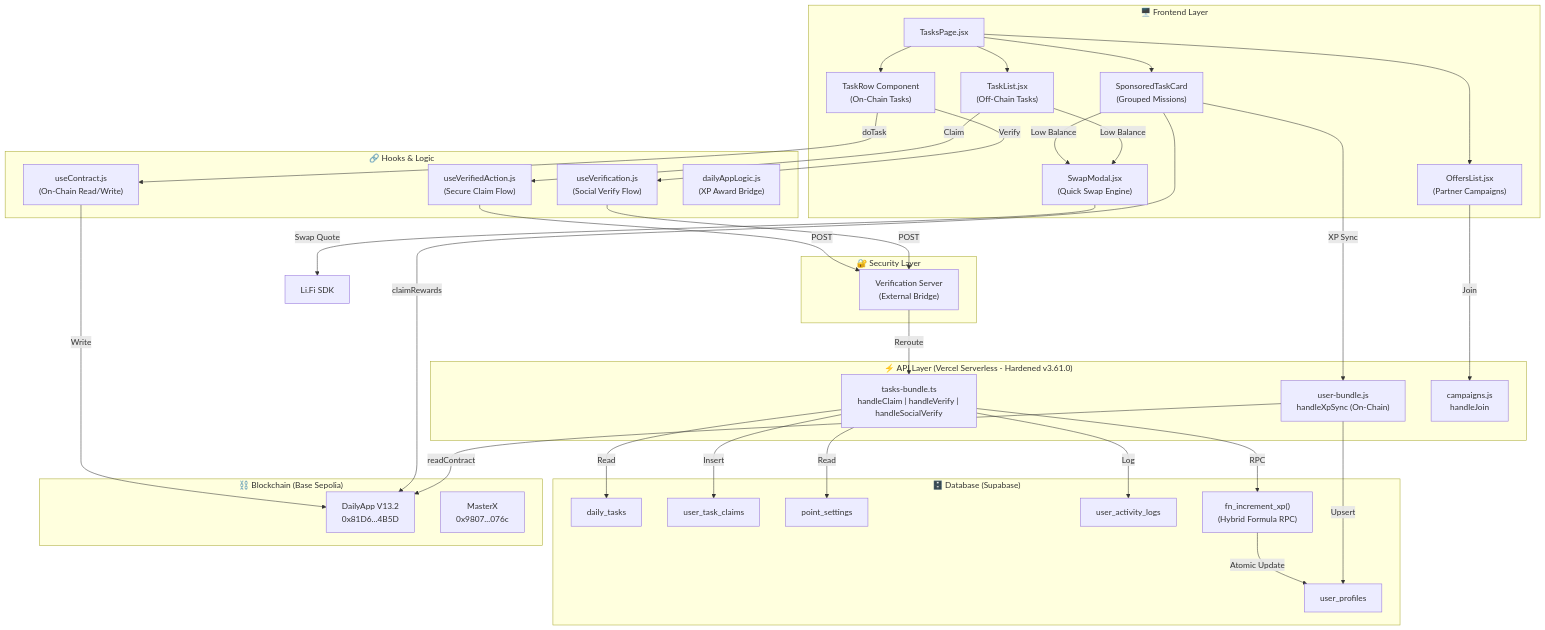
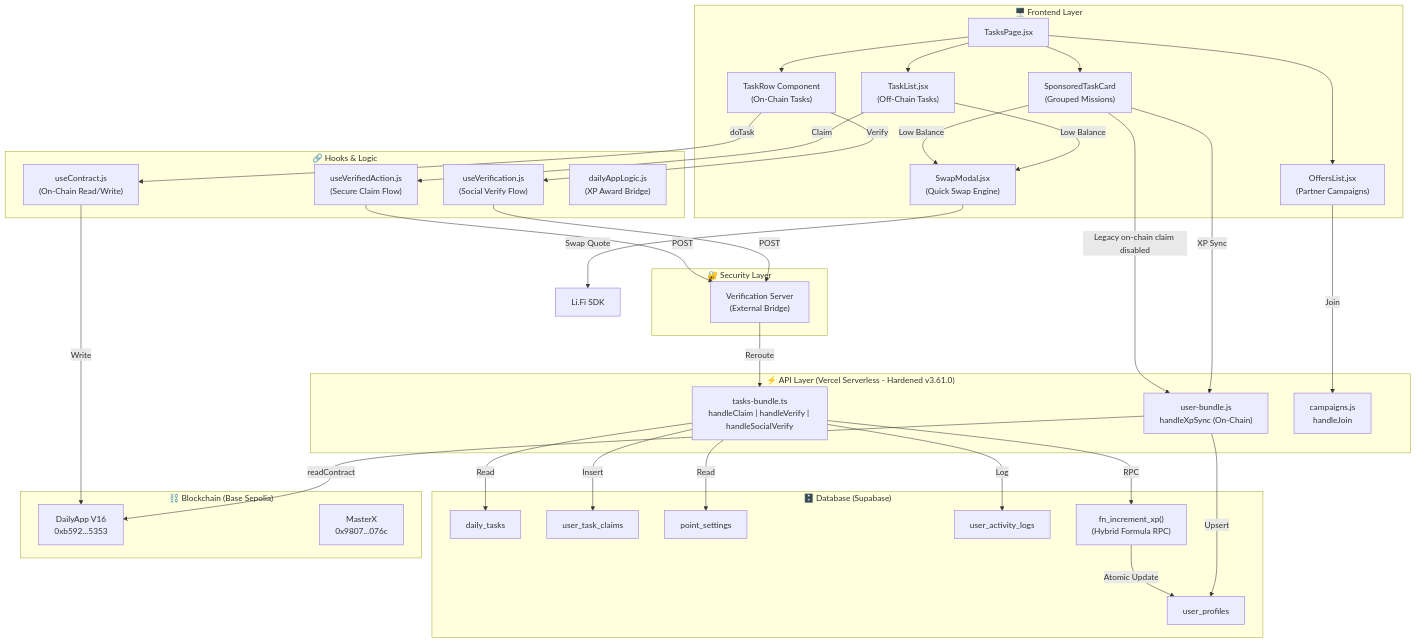
One commit to cryptodiscolab/Crypto_Discovery_App changed the first of 17 diagrams in PRD/DISCO_DAILY_MASTER_PRD.md. Above: the diagram before and after it, drawn with Mermaid. The commit also changed other lines of this file and 39 other files, not shown here.

````diff
--- a/PRD/DISCO_DAILY_MASTER_PRD.md
+++ b/PRD/DISCO_DAILY_MASTER_PRD.md
@@ -619,63 +623,63 @@
 ```mermaid
 graph TB
     subgraph "🖥️ Frontend Layer"
         TP["TasksPage.jsx"]
         TL["TaskList.jsx<br/>(Off-Chain Tasks)"]
         TR["TaskRow Component<br/>(On-Chain Tasks)"]
         STC["SponsoredTaskCard<br/>(Grouped Missions)"]
         OL["OffersList.jsx<br/>(Partner Campaigns)"]
         SM["SwapModal.jsx<br/>(Quick Swap Engine)"]
     end
 
     subgraph "🔗 Hooks & Logic"
         UV["useVerification.js<br/>(Social Verify Flow)"]
         UVA["useVerifiedAction.js<br/>(Secure Claim Flow)"]
         UC["useContract.js<br/>(On-Chain Read/Write)"]
         DAL["dailyAppLogic.js<br/>(XP Award Bridge)"]
     end
 
     subgraph "⚡ API Layer (Vercel Serverless - Hardened v3.61.0)"
         TB["tasks-bundle.ts<br/>handleClaim | handleVerify | handleSocialVerify"]
         UB["user-bundle.js<br/>handleXpSync (On-Chain)"]
         CB["campaigns.js<br/>handleJoin"]
     end
 
     subgraph "🔐 Security Layer"
         VS["Verification Server<br/>(External Bridge)"]
     end
 
     subgraph "🗄️ Database (Supabase)"
         DT["daily_tasks"]
         UTC["user_task_claims"]
         UP["user_profiles"]
         PS["point_settings"]
         UAL["user_activity_logs"]
         FN["fn_increment_xp()<br/>(Hybrid Formula RPC)"]
     end
 
     subgraph "⛓️ Blockchain (Base Sepolia)"
-        DA["DailyApp V13.2<br/>0x81D6...4B5D"]
+        DA["DailyApp V16<br/>0xb592...5353"]
         MX["MasterX<br/>0x9807...076c"]
     end
 
     TP --> TL & TR & STC & OL
     TL -->|Claim| UVA -->|POST| VS
     TR -->|doTask| UC -->|Write| DA
     TR -->|Verify| UV -->|POST| VS
-    STC -->|claimRewards| DA
+    STC -->|Legacy on-chain claim disabled| UB
     STC -->|XP Sync| UB
     OL -->|Join| CB
     SM -->|Swap Quote| LS[Li.Fi SDK]
     STC -->|Low Balance| SM
     TL -->|Low Balance| SM
 
     VS -->|Reroute| TB
     TB -->|Insert| UTC
     TB -->|RPC| FN
     TB -->|Read| PS & DT
     TB -->|Log| UAL
     FN -->|Atomic Update| UP
 
     UB -->|readContract| DA
     UB -->|Upsert| UP
 ```
````
